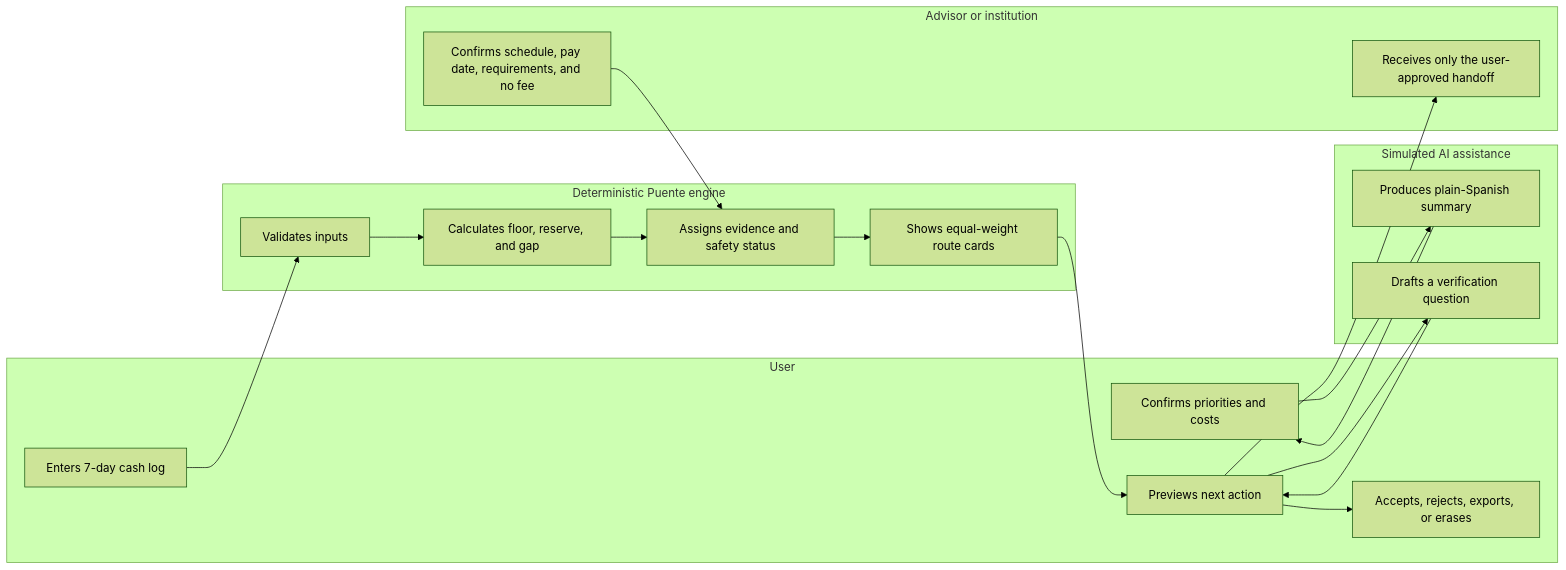
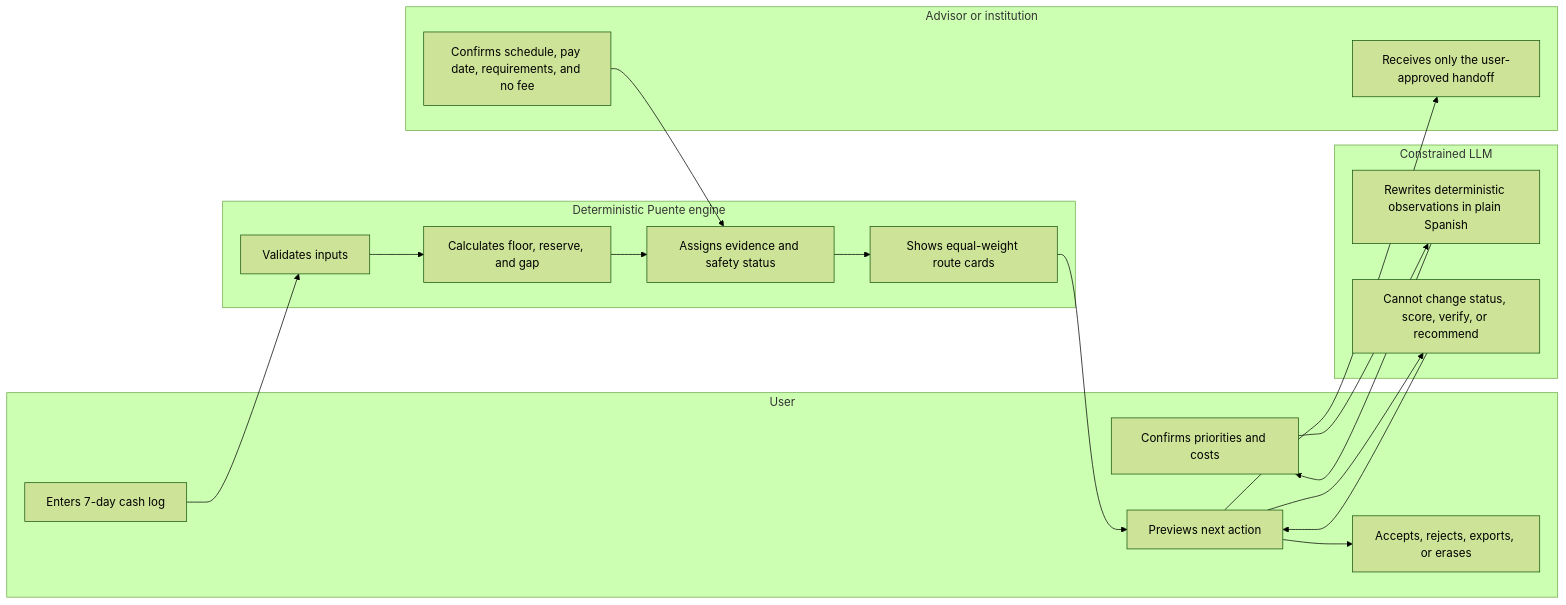
One commit to rodrigobuilds3-creator/puente-reingreso changed the second of 2 diagrams in docs/PACKET.md. Above: the diagram before and after it, drawn with Mermaid (forest theme). The commit also changed other lines of this file and 11 other files, not shown here.

Commit message:
feat: add constrained server-side LLM rewrite

````diff
--- a/docs/PACKET.md
+++ b/docs/PACKET.md
@@ -65,34 +65,34 @@
 ```mermaid
 flowchart LR
     subgraph U[User]
         U1[Enters 7-day cash log]
         U2[Confirms priorities and costs]
         U3[Previews next action]
         U4[Accepts, rejects, exports, or erases]
     end
 
-    subgraph A[Simulated AI assistance]
-        A1[Produces plain-Spanish summary]
-        A2[Drafts a verification question]
+    subgraph A[Constrained LLM]
+        A1[Rewrites deterministic observations in plain Spanish]
+        A2[Cannot change status, score, verify, or recommend]
     end
 
     subgraph S[Deterministic Puente engine]
         S1[Validates inputs]
         S2[Calculates floor, reserve, and gap]
         S3[Assigns evidence and safety status]
         S4[Shows equal-weight route cards]
     end
 
     subgraph H[Advisor or institution]
         H1[Confirms schedule, pay date, requirements, and no fee]
         H2[Receives only the user-approved handoff]
     end
 
     U1 --> S1 --> S2
     U2 --> A1 --> U2
     H1 --> S3
     S2 --> S3 --> S4 --> U3
     U3 --> A2 --> U3
     U3 --> H2
     U3 --> U4
 ```
````
